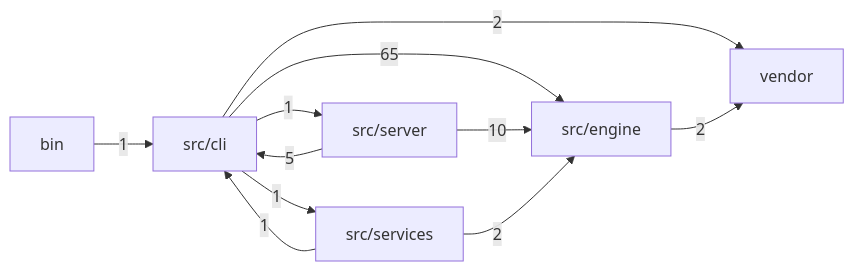
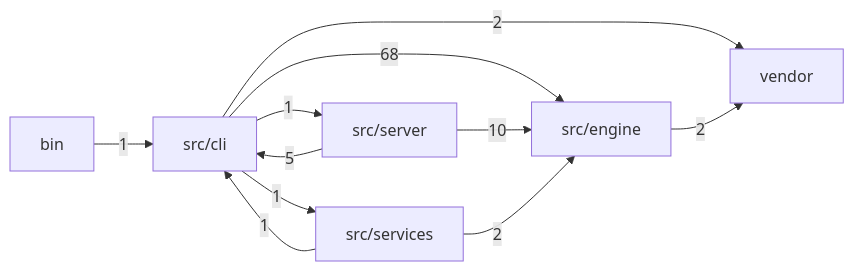
The first of 2 diagrams in docs/MODULES.md (mgillr/memev), drawn with Mermaid before and after one commit. The commit also changed other lines of this file, not shown here.

````diff
--- a/docs/MODULES.md
+++ b/docs/MODULES.md
@@ -11,19 +11,19 @@
 ```mermaid
 flowchart LR
   bin["bin"]
   cli["src/cli"]
   engine["src/engine"]
   server["src/server"]
   services["src/services"]
   vendor["vendor"]
   bin -->|"1"| cli
-  cli -->|"65"| engine
+  cli -->|"68"| engine
   cli -->|"1"| server
   cli -->|"1"| services
   cli -->|"2"| vendor
   engine -->|"2"| vendor
   server -->|"5"| cli
   server -->|"10"| engine
   services -->|"1"| cli
   services -->|"2"| engine
 ```
````
